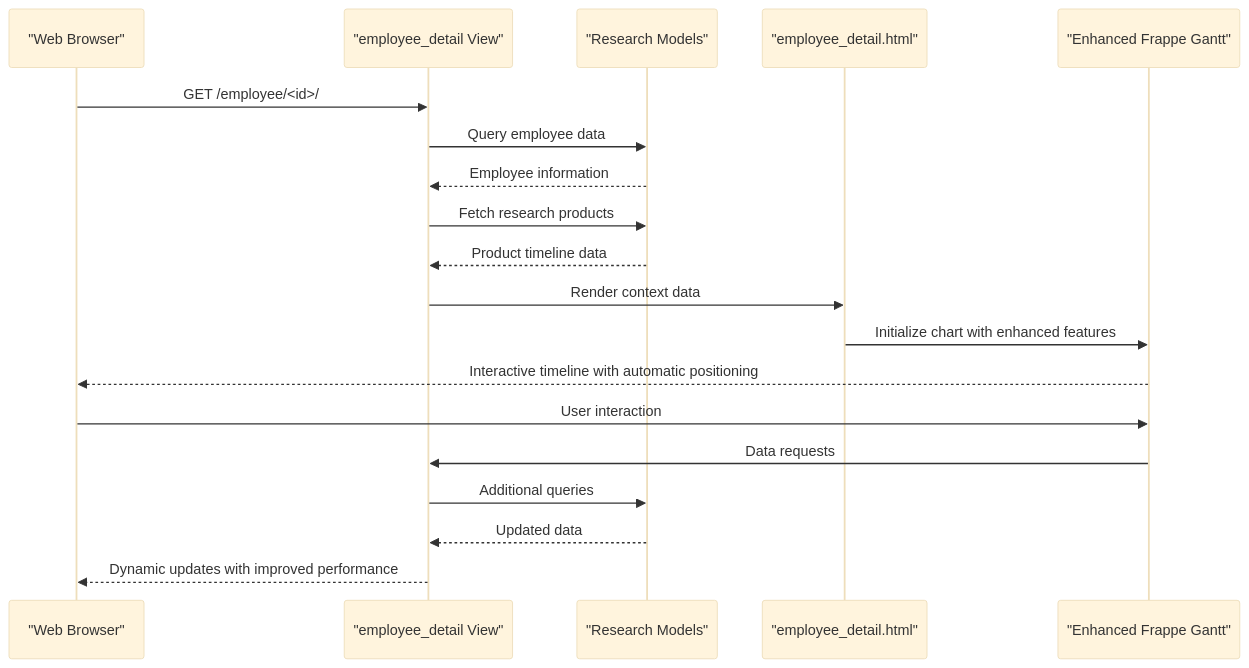
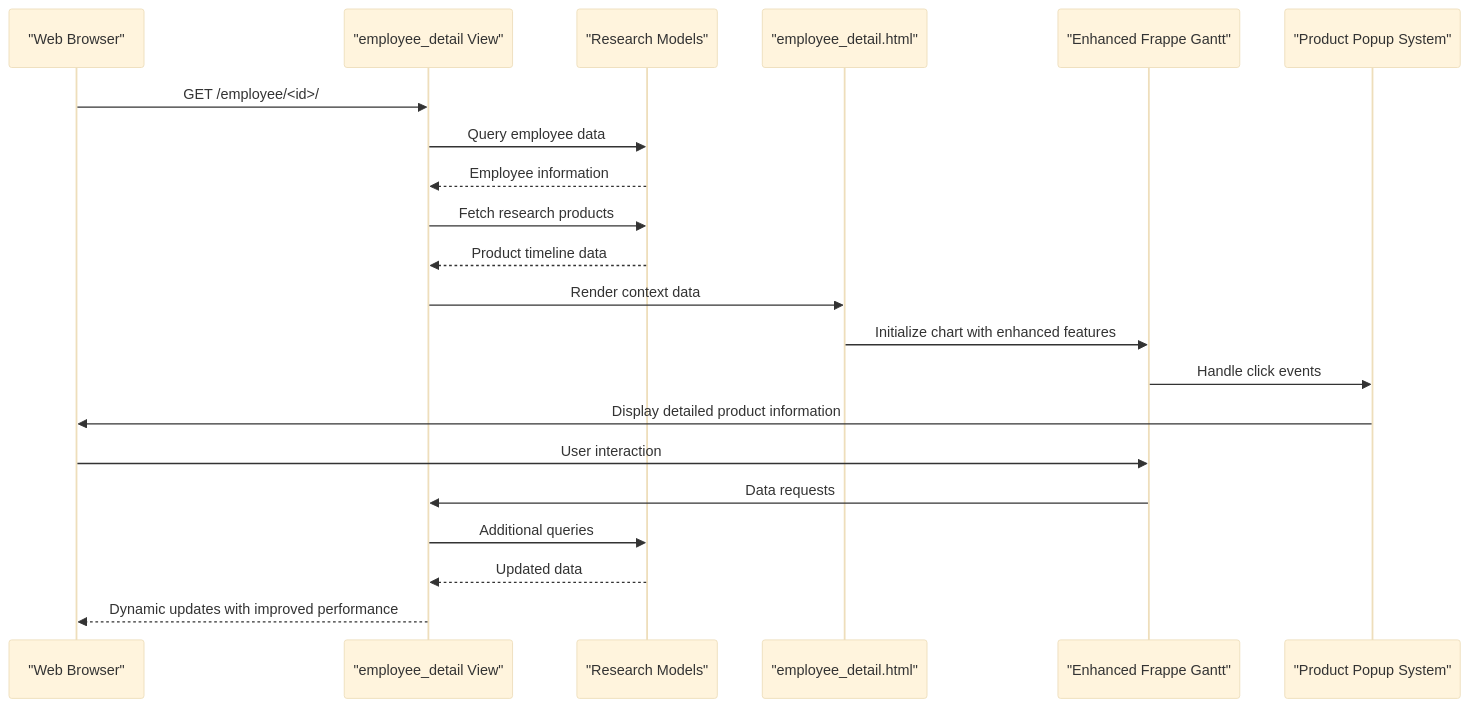
Before and after one commit to Pavel9474/task_manager: the second of 7 diagrams in .qoder/repowiki/en/content/Employee and Organization Management/Employee Detail Page with Gantt Chart.md, drawn with Mermaid (base theme). The commit also changed other lines of this file and 7 other files, not shown here.

Commit message:
ALL gantt work code simplifid

````diff
--- a/.qoder/repowiki/en/content/Employee and Organization Management/Employee Detail Page with Gantt Chart.md
+++ b/.qoder/repowiki/en/content/Employee and Organization Management/Employee Detail Page with Gantt Chart.md
@@ -123,21 +138,23 @@
 ```mermaid
 sequenceDiagram
 participant Client as "Web Browser"
 participant View as "employee_detail View"
 participant Models as "Research Models"
 participant Template as "employee_detail.html"
 participant Gantt as "Enhanced Frappe Gantt"
+participant Popup as "Product Popup System"
 Client->>View : GET /employee/<id>/
 View->>Models : Query employee data
 Models-->>View : Employee information
 View->>Models : Fetch research products
 Models-->>View : Product timeline data
 View->>Template : Render context data
 Template->>Gantt : Initialize chart with enhanced features
-Gantt-->>Client : Interactive timeline with automatic positioning
+Gantt->>Popup : Handle click events
+Popup->>Client : Display detailed product information
 Client->>Gantt : User interaction
 Gantt->>View : Data requests
 View->>Models : Additional queries
 Models-->>View : Updated data
 View-->>Client : Dynamic updates with improved performance
 ```
````
